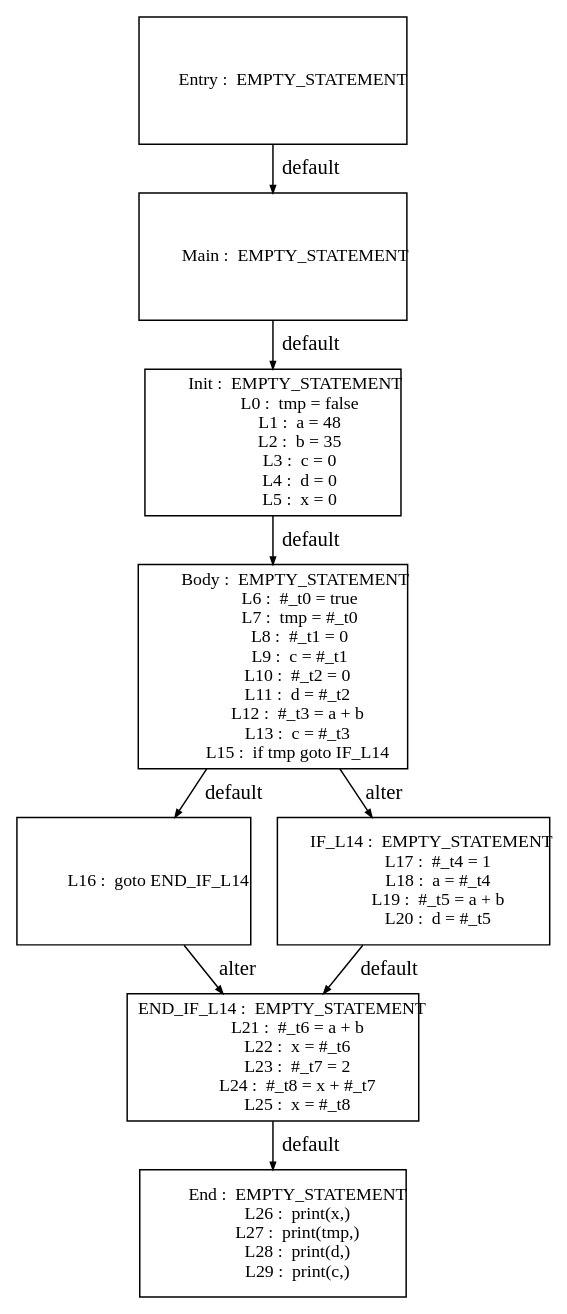
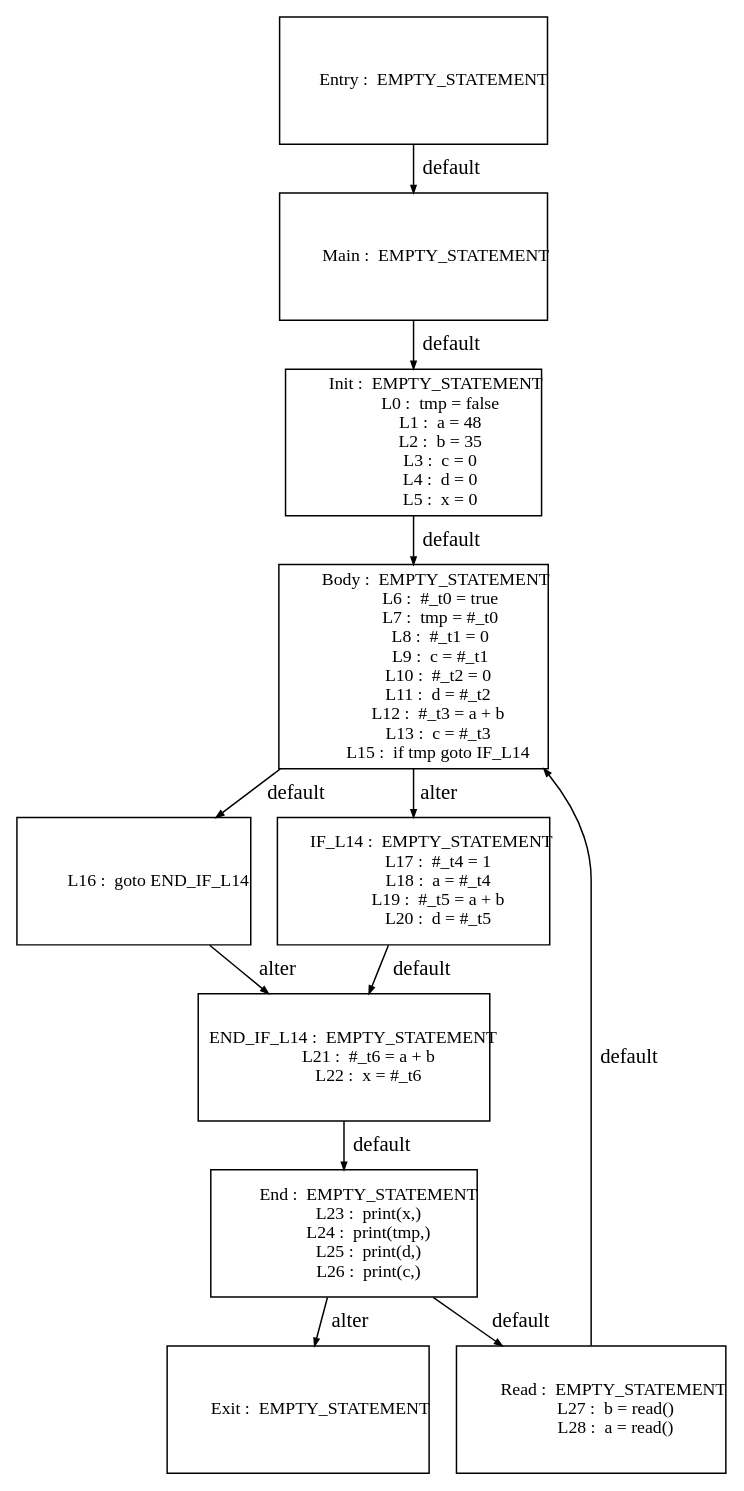
Before and after one commit to Geoffrey1014/ST_DSE: the diagram in tests_programs/dataflow/08_test_output/Graph_origin_0.dot, drawn with Graphviz. The commit also changed 28 other files, not shown here.

```diff
--- a/tests_programs/dataflow/08_test_output/Graph_origin_0.dot
+++ b/tests_programs/dataflow/08_test_output/Graph_origin_0.dot
@@ -1,133 +1,155 @@
 digraph G {
   ranksep=.25;
   edge [arrowsize=.5]
   node [shape=rectangle, fontname="ArialNarrow",
         fontsize=12,  height=1.2];
   "           Main :  EMPTY_STATEMENT
 "; "           Init :  EMPTY_STATEMENT
              L0 :  tmp = false
              L1 :  a = 48
              L2 :  b = 35
              L3 :  c = 0
              L4 :  d = 0
              L5 :  x = 0
 "; "           Body :  EMPTY_STATEMENT
              L6 :  #_t0 = true
              L7 :  tmp = #_t0
              L8 :  #_t1 = 0
              L9 :  c = #_t1
             L10 :  #_t2 = 0
             L11 :  d = #_t2
             L12 :  #_t3 = a + b
             L13 :  c = #_t3
             L15 :  if tmp goto IF_L14
 "; "            L16 :  goto END_IF_L14
 "; "         IF_L14 :  EMPTY_STATEMENT
             L17 :  #_t4 = 1
             L18 :  a = #_t4
             L19 :  #_t5 = a + b
             L20 :  d = #_t5
 "; "     END_IF_L14 :  EMPTY_STATEMENT
             L21 :  #_t6 = a + b
             L22 :  x = #_t6
-            L23 :  #_t7 = 2
-            L24 :  #_t8 = x + #_t7
-            L25 :  x = #_t8
 "; "          Entry :  EMPTY_STATEMENT
 "; "            End :  EMPTY_STATEMENT
-            L26 :  print(x,)
-            L27 :  print(tmp,)
-            L28 :  print(d,)
-            L29 :  print(c,)
+            L23 :  print(x,)
+            L24 :  print(tmp,)
+            L25 :  print(d,)
+            L26 :  print(c,)
+"; "           Exit :  EMPTY_STATEMENT
+"; "           Read :  EMPTY_STATEMENT
+            L27 :  b = read()
+            L28 :  a = read()
 "; 
   "           Main :  EMPTY_STATEMENT
 " -> "           Init :  EMPTY_STATEMENT
              L0 :  tmp = false
              L1 :  a = 48
              L2 :  b = 35
              L3 :  c = 0
              L4 :  d = 0
              L5 :  x = 0
 "  [label="default"];
   "           Init :  EMPTY_STATEMENT
              L0 :  tmp = false
              L1 :  a = 48
              L2 :  b = 35
              L3 :  c = 0
              L4 :  d = 0
              L5 :  x = 0
 " -> "           Body :  EMPTY_STATEMENT
              L6 :  #_t0 = true
              L7 :  tmp = #_t0
              L8 :  #_t1 = 0
              L9 :  c = #_t1
             L10 :  #_t2 = 0
             L11 :  d = #_t2
             L12 :  #_t3 = a + b
             L13 :  c = #_t3
             L15 :  if tmp goto IF_L14
 "  [label="default"];
   "           Body :  EMPTY_STATEMENT
              L6 :  #_t0 = true
              L7 :  tmp = #_t0
              L8 :  #_t1 = 0
              L9 :  c = #_t1
             L10 :  #_t2 = 0
             L11 :  d = #_t2
             L12 :  #_t3 = a + b
             L13 :  c = #_t3
             L15 :  if tmp goto IF_L14
 " -> "            L16 :  goto END_IF_L14
 "  [label="default"];
   "           Body :  EMPTY_STATEMENT
              L6 :  #_t0 = true
              L7 :  tmp = #_t0
              L8 :  #_t1 = 0
              L9 :  c = #_t1
             L10 :  #_t2 = 0
             L11 :  d = #_t2
             L12 :  #_t3 = a + b
             L13 :  c = #_t3
             L15 :  if tmp goto IF_L14
 " -> "         IF_L14 :  EMPTY_STATEMENT
             L17 :  #_t4 = 1
             L18 :  a = #_t4
             L19 :  #_t5 = a + b
             L20 :  d = #_t5
 "  [label="alter"];
   "            L16 :  goto END_IF_L14
 " -> "     END_IF_L14 :  EMPTY_STATEMENT
             L21 :  #_t6 = a + b
             L22 :  x = #_t6
-            L23 :  #_t7 = 2
-            L24 :  #_t8 = x + #_t7
-            L25 :  x = #_t8
 "  [label="alter"];
   "         IF_L14 :  EMPTY_STATEMENT
             L17 :  #_t4 = 1
             L18 :  a = #_t4
             L19 :  #_t5 = a + b
             L20 :  d = #_t5
 " -> "     END_IF_L14 :  EMPTY_STATEMENT
             L21 :  #_t6 = a + b
             L22 :  x = #_t6
-            L23 :  #_t7 = 2
-            L24 :  #_t8 = x + #_t7
-            L25 :  x = #_t8
 "  [label="default"];
   "     END_IF_L14 :  EMPTY_STATEMENT
             L21 :  #_t6 = a + b
             L22 :  x = #_t6
-            L23 :  #_t7 = 2
-            L24 :  #_t8 = x + #_t7
-            L25 :  x = #_t8
 " -> "            End :  EMPTY_STATEMENT
-            L26 :  print(x,)
-            L27 :  print(tmp,)
-            L28 :  print(d,)
-            L29 :  print(c,)
+            L23 :  print(x,)
+            L24 :  print(tmp,)
+            L25 :  print(d,)
+            L26 :  print(c,)
 "  [label="default"];
   "          Entry :  EMPTY_STATEMENT
 " -> "           Main :  EMPTY_STATEMENT
 "  [label="default"];
+  "            End :  EMPTY_STATEMENT
+            L23 :  print(x,)
+            L24 :  print(tmp,)
+            L25 :  print(d,)
+            L26 :  print(c,)
+" -> "           Read :  EMPTY_STATEMENT
+            L27 :  b = read()
+            L28 :  a = read()
+"  [label="default"];
+  "            End :  EMPTY_STATEMENT
+            L23 :  print(x,)
+            L24 :  print(tmp,)
+            L25 :  print(d,)
+            L26 :  print(c,)
+" -> "           Exit :  EMPTY_STATEMENT
+"  [label="alter"];
+  "           Read :  EMPTY_STATEMENT
+            L27 :  b = read()
+            L28 :  a = read()
+" -> "           Body :  EMPTY_STATEMENT
+             L6 :  #_t0 = true
+             L7 :  tmp = #_t0
+             L8 :  #_t1 = 0
+             L9 :  c = #_t1
+            L10 :  #_t2 = 0
+            L11 :  d = #_t2
+            L12 :  #_t3 = a + b
+            L13 :  c = #_t3
+            L15 :  if tmp goto IF_L14
+"  [label="default"];
 }
```
